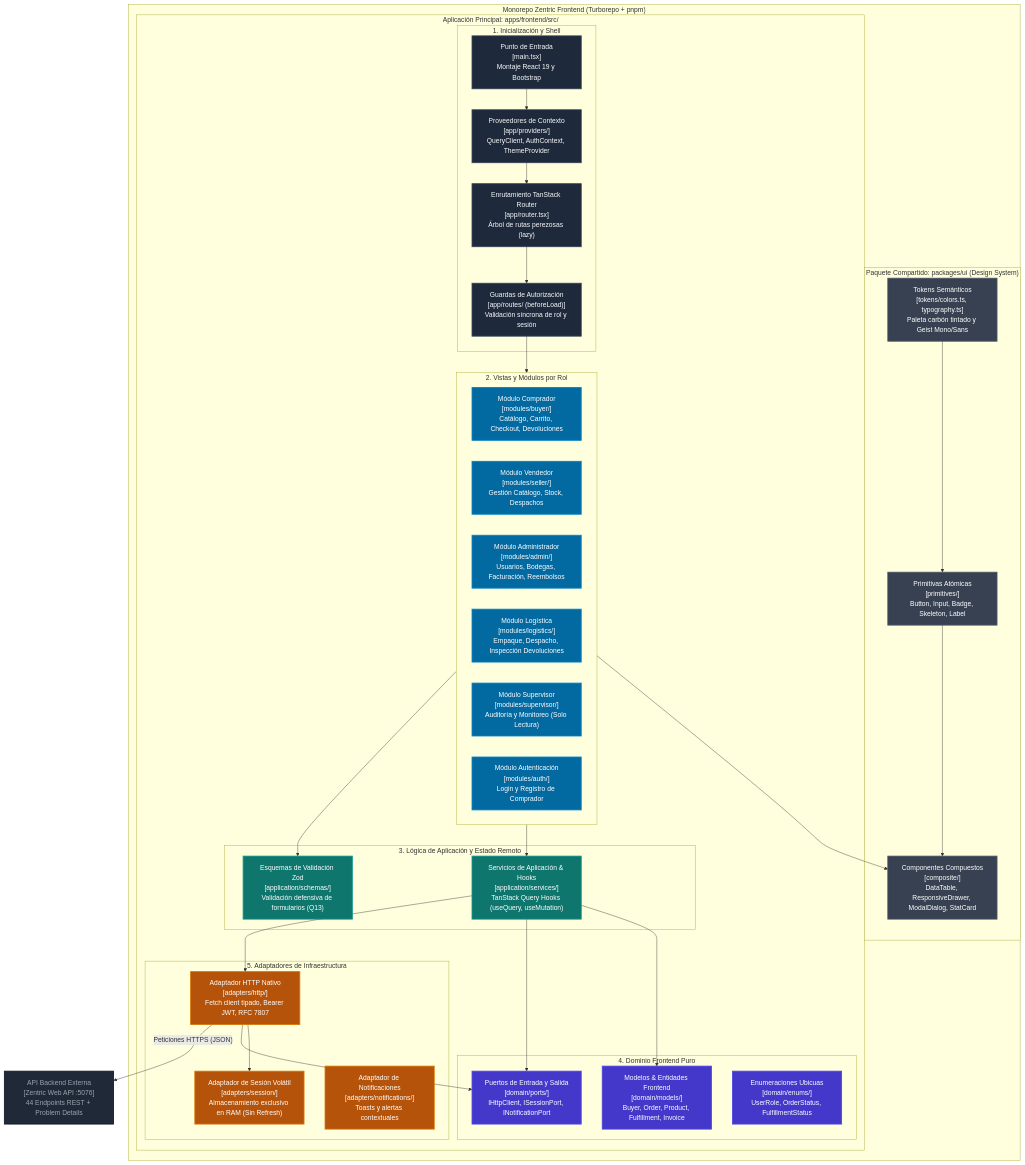
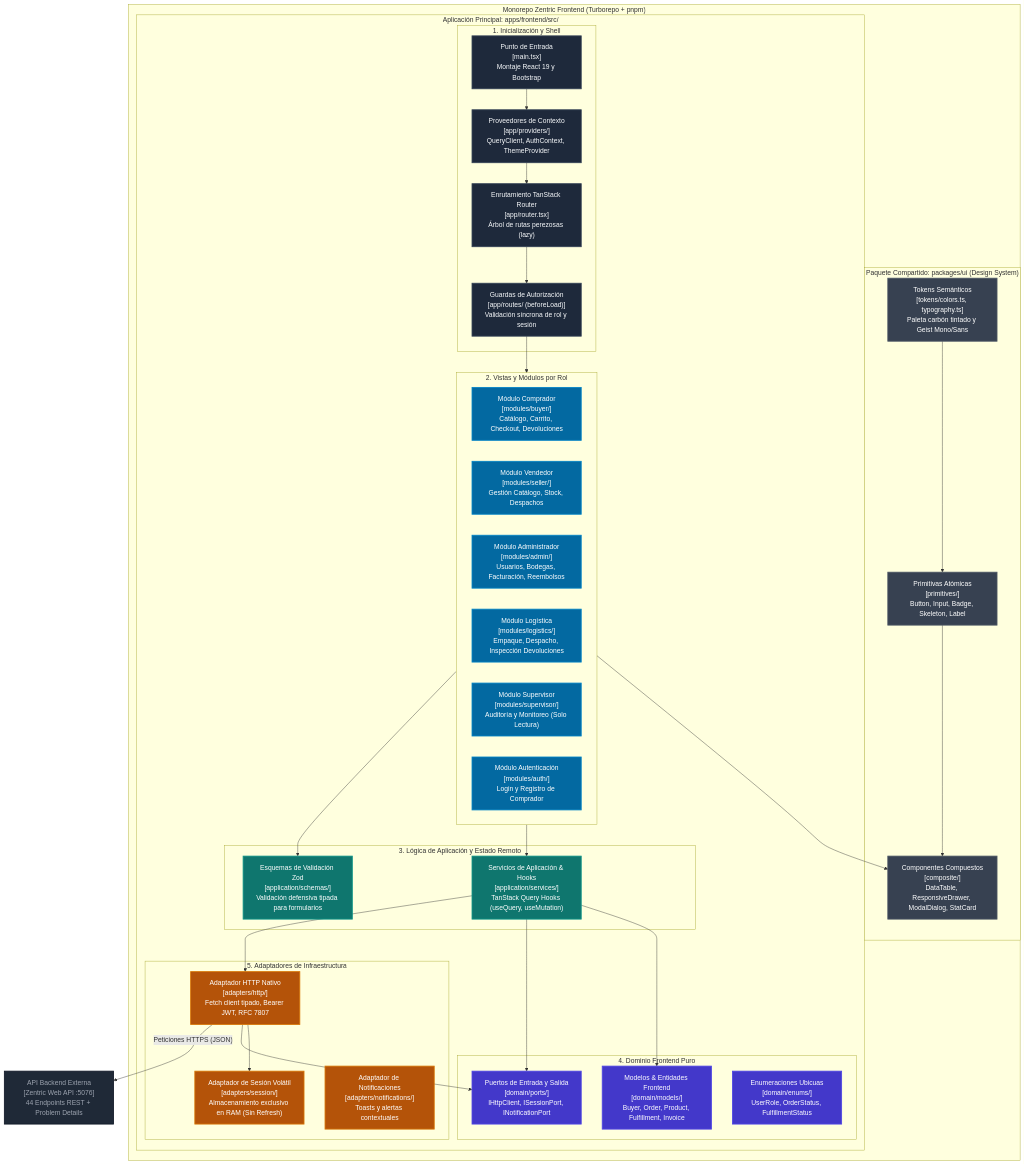
One commit to D-MachadoDev/Zentric changed the first of 4 diagrams in frontendSDD/C4-3-Componentes.md. Above: the diagram before and after it, drawn with Mermaid. The commit also changed other lines of this file, not shown here.

Commit message:
docs(frontendSDD): remove cryptic acronyms in C4-3-Componentes in compliance with engram

```diff
--- a/frontendSDD/C4-3-Componentes.md
+++ b/frontendSDD/C4-3-Componentes.md
@@ -51,7 +51,7 @@
 
       subgraph applicationLayer["3. Lógica de Aplicación y Estado Remoto"]
         appServices["Servicios de Aplicación & Hooks<br/>[application/services/]<br/>TanStack Query Hooks (useQuery, useMutation)"]
-        zodSchemas["Esquemas de Validación Zod<br/>[application/schemas/]<br/>Validación defensiva de formularios (Q13)"]
+        zodSchemas["Esquemas de Validación Zod<br/>[application/schemas/]<br/>Validación defensiva tipada para formularios"]
       end
 
       subgraph domainLayer["4. Dominio Frontend Puro"]
```
